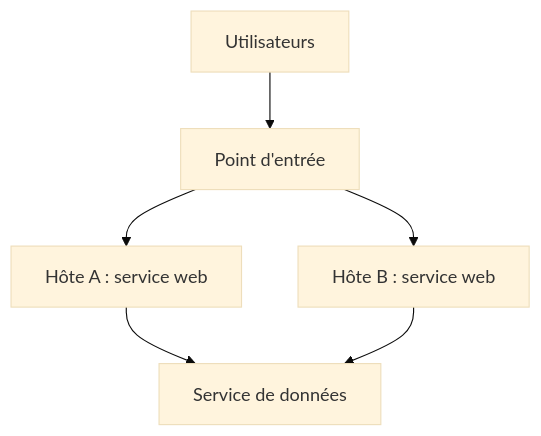
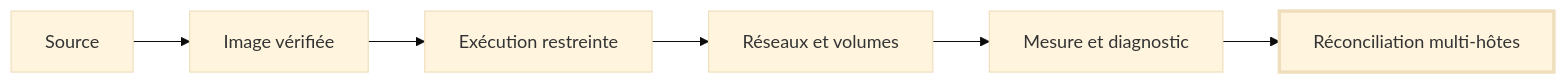
One commit to astronas/Ynov---Containerization-Orchestration changed the diagram in docs/Pourquoi-orchestrer.md. Above: the diagram before and after it, drawn with Mermaid (base theme). The commit also changed other lines of this file and 160 other files, not shown here.

First line of the commit message:
Refonte visuelle : charte des rendus de TP, illustrations et captures réelles

````diff
--- a/docs/Pourquoi-orchestrer.md
+++ b/docs/Pourquoi-orchestrer.md
@@ -232,8 +122,5 @@
-```mermaid
-flowchart TB
-    C["Utilisateurs"] --> L["Point d'entrée"]
-    L --> H1["Hôte A : service web"]
-    L --> H2["Hôte B : service web"]
-    H1 --> B["Service de données"]
-    H2 --> B
-```
+    ```mermaid
+    flowchart LR
+        S["Source"] --> I["Image vérifiée"] --> E["Exécution restreinte"] --> R["Réseaux et volumes"] --> M["Mesure et diagnostic"] --> O["Réconciliation multi-hôtes"]
+        style O stroke-width:3px
+    ```
````
